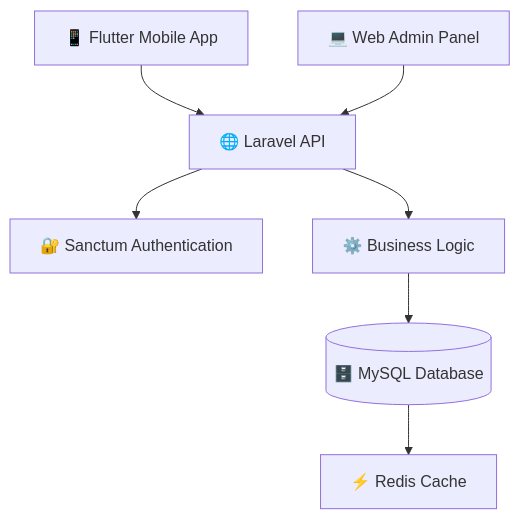
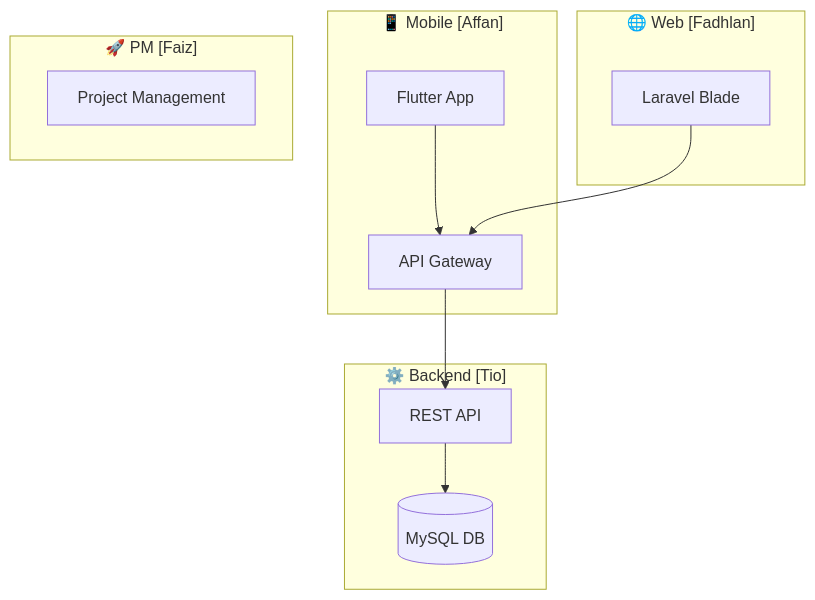
Before and after one commit to AffanRifai/Toko-Roni-Mobile-App: the first of 2 diagrams in README.md, drawn with Mermaid. The commit also changed other lines of this file, not shown here.

````diff
--- a/README.md
+++ b/README.md
@@ -76,15 +277,19 @@
-```mermaid
-graph TD
-
-A[📱 Flutter Mobile App] --> B[🌐 Laravel API]
-
-C[💻 Web Admin Panel] --> B
-
-B --> D[🔐 Sanctum Authentication]
-
-B --> E[⚙️ Business Logic]
-
-E --> F[(🗄️ MySQL Database)]
-
-F --> G[⚡ Redis Cache]
-```
+  ```mermaid
+  graph TB
+      subgraph "📱 Mobile [Affan]"
+          A[Flutter App] --> B[API Gateway]
+      end
+      
+      subgraph "🌐 Web [Fadhlan]"
+          C[Laravel Blade] --> B
+      end
+      
+      subgraph "⚙️ Backend [Tio]"
+          B --> D[REST API]
+          D --> E[(MySQL DB)]
+      end
+      
+      subgraph "🚀 PM [Faiz]"
+          F[Project Management]
+      end
+  ```
````
